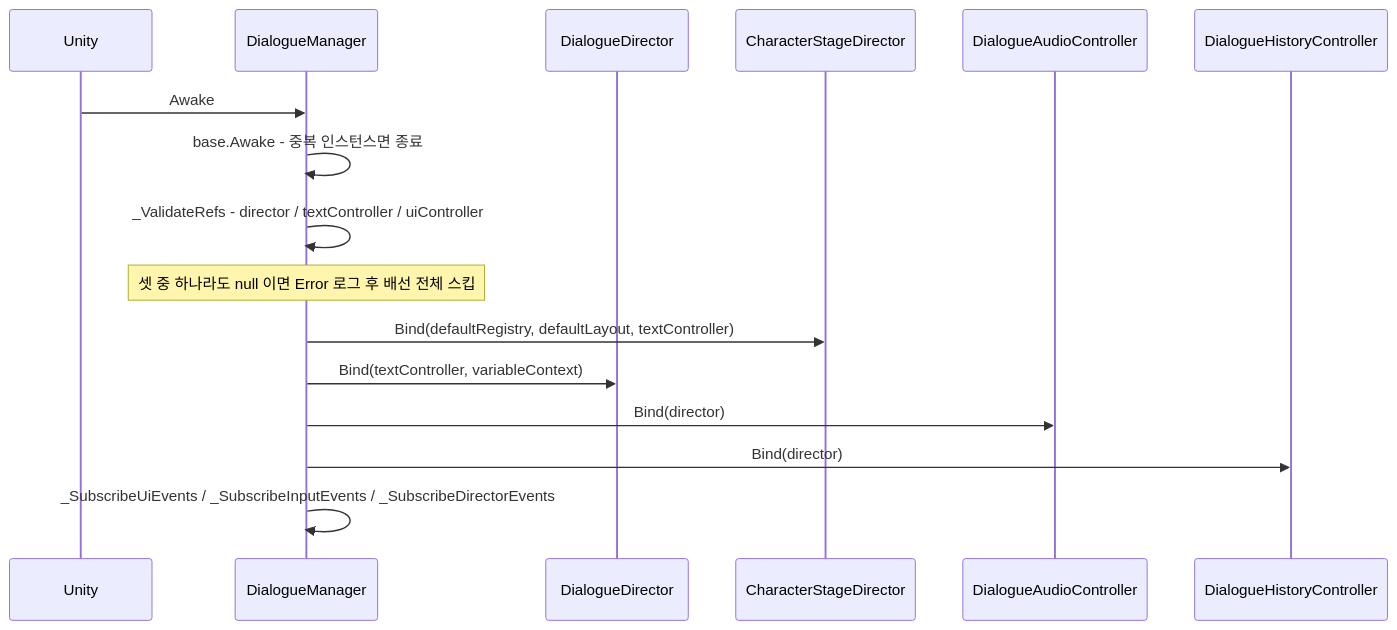
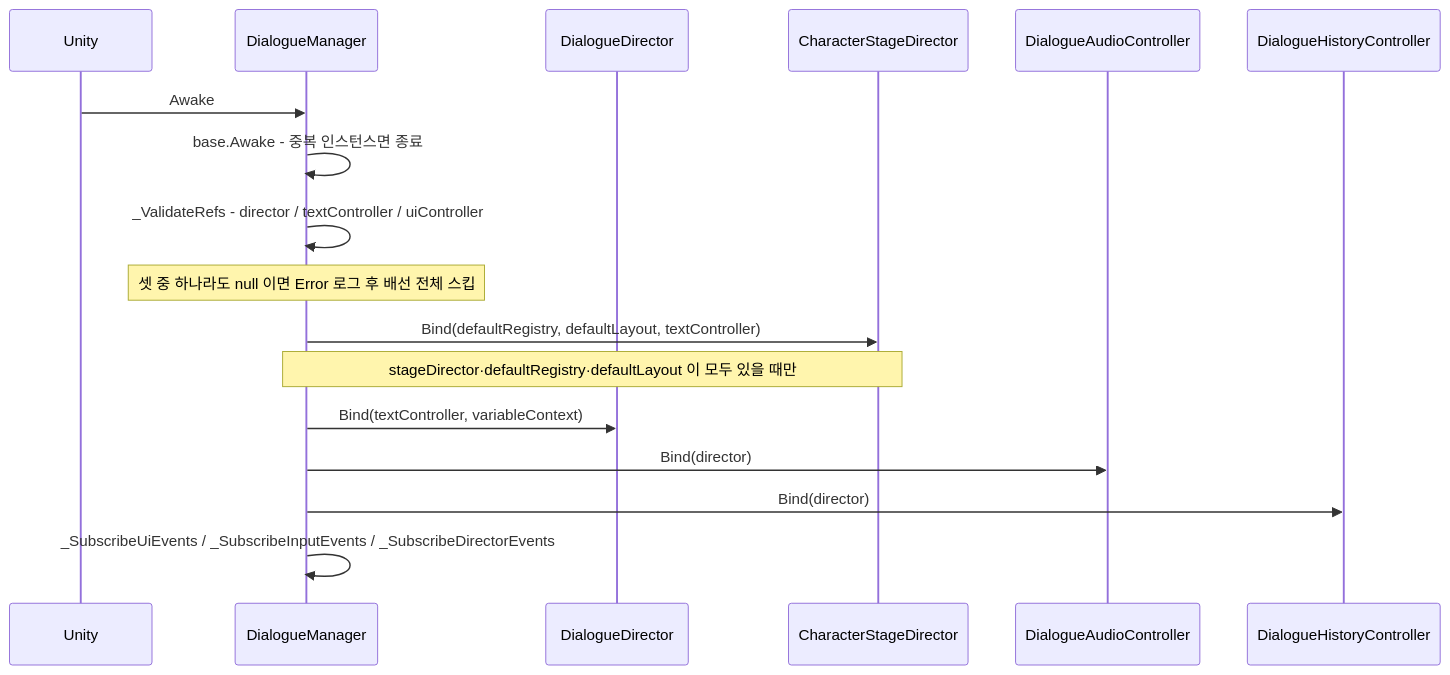
Before and after one commit to HoHong123/HCUP-Unity: the fourth of 6 diagrams in HDialogue/Runtime/README.md, drawn with Mermaid. The commit also changed other lines of this file, not shown here.

````diff
--- a/HDialogue/Runtime/README.md
+++ b/HDialogue/Runtime/README.md
@@ -241,19 +235,20 @@
 ```mermaid
 sequenceDiagram
     participant U as Unity
     participant M as DialogueManager
     participant D as DialogueDirector
     participant SD as CharacterStageDirector
     participant AC as DialogueAudioController
     participant HC as DialogueHistoryController
 
     U->>M: Awake
     M->>M: base.Awake - 중복 인스턴스면 종료
     M->>M: _ValidateRefs - director / textController / uiController
     Note over M: 셋 중 하나라도 null 이면 Error 로그 후 배선 전체 스킵
     M->>SD: Bind(defaultRegistry, defaultLayout, textController)
+    Note over M,SD: stageDirector·defaultRegistry·defaultLayout 이 모두 있을 때만
     M->>D: Bind(textController, variableContext)
     M->>AC: Bind(director)
     M->>HC: Bind(director)
     M->>M: _SubscribeUiEvents / _SubscribeInputEvents / _SubscribeDirectorEvents
 ```
````
